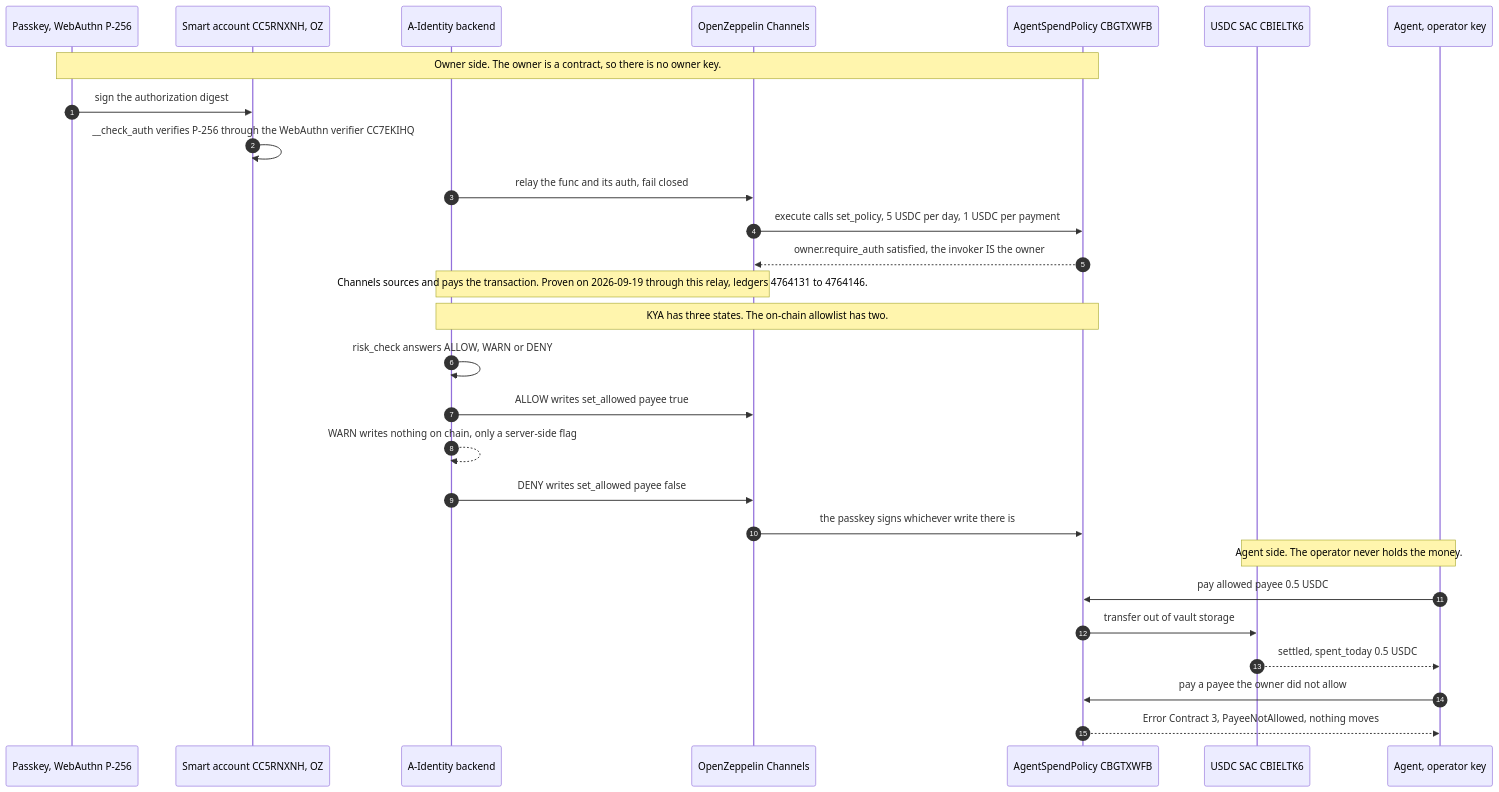
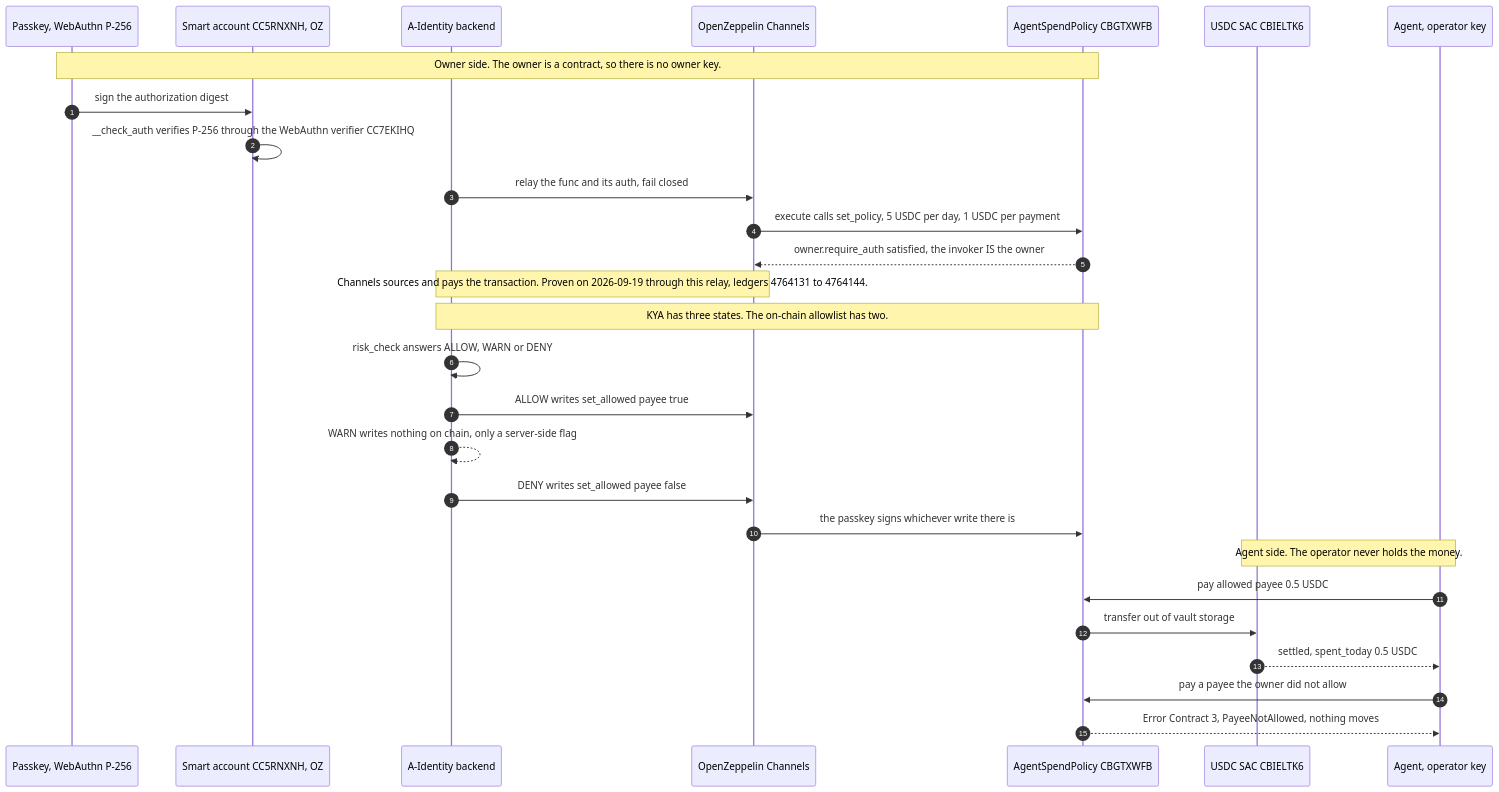
Before and after one commit to getA-Identity/A-Identity: the diagram in docs/chains/stellar.mdx, drawn with Mermaid. The commit also changed other lines of this file and 38 other files, not shown here.

````diff
--- a/docs/chains/stellar.mdx
+++ b/docs/chains/stellar.mdx
@@ -278,33 +286,33 @@
 ```mermaid
 sequenceDiagram
     autonumber
     participant PK as Passkey, WebAuthn P-256
     participant SA as Smart account CC5RNXNH, OZ
     participant BE as A-Identity backend
     participant CH as OpenZeppelin Channels
     participant V as AgentSpendPolicy CBGTXWFB
     participant T as USDC SAC CBIELTK6
     participant OP as Agent, operator key
 
     Note over PK,V: Owner side. The owner is a contract, so there is no owner key.
     PK->>SA: sign the authorization digest
     SA->>SA: __check_auth verifies P-256 through the WebAuthn verifier CC7EKIHQ
     BE->>CH: relay the func and its auth, fail closed
     CH->>V: execute calls set_policy, 5 USDC per day, 1 USDC per payment
     V-->>CH: owner.require_auth satisfied, the invoker IS the owner
-    Note over BE,CH: Channels sources and pays the transaction. Proven on 2026-09-19 through this relay, ledgers 4764131 to 4764146.
+    Note over BE,CH: Channels sources and pays the transaction. Proven on 2026-09-19 through this relay, ledgers 4764131 to 4764144.
 
     Note over BE,V: KYA has three states. The on-chain allowlist has two.
     BE->>BE: risk_check answers ALLOW, WARN or DENY
     BE->>CH: ALLOW writes set_allowed payee true
     BE-->>BE: WARN writes nothing on chain, only a server-side flag
     BE->>CH: DENY writes set_allowed payee false
     CH->>V: the passkey signs whichever write there is
 
     Note over OP,T: Agent side. The operator never holds the money.
     OP->>V: pay allowed payee 0.5 USDC
     V->>T: transfer out of vault storage
     T-->>OP: settled, spent_today 0.5 USDC
     OP->>V: pay a payee the owner did not allow
     V-->>OP: Error Contract 3, PayeeNotAllowed, nothing moves
 ```
````
